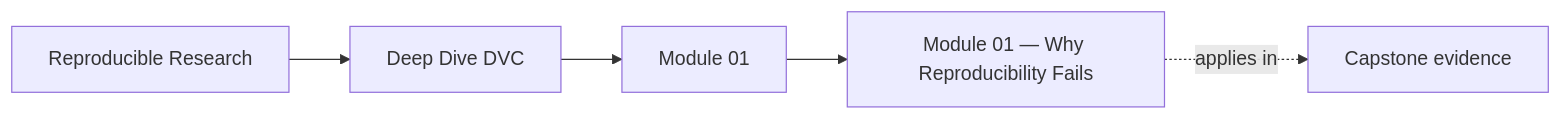
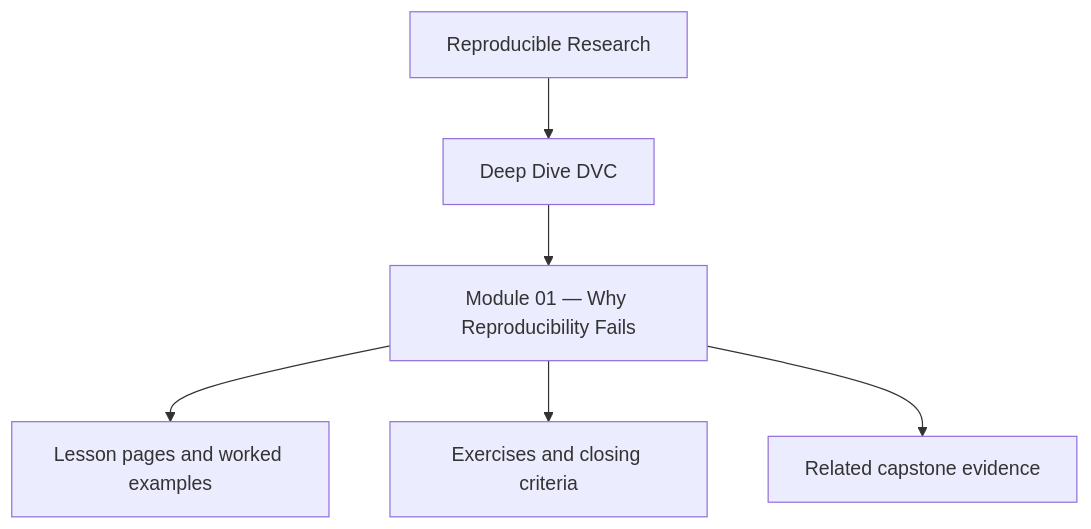
The first of 3 diagrams in programs/reproducible-research/deep-dive-dvc/course-book/module-01-why-reproducibility-fails/index.md (bijux/bijux-masterclass), drawn with Mermaid before and after one commit. The commit also changed other lines of this file and 10 other files, not shown here.

Commit message:
docs(deep-dive-dvc): reposition module overview diagrams

````diff
--- a/programs/reproducible-research/deep-dive-dvc/course-book/module-01-why-reproducibility-fails/index.md
+++ b/programs/reproducible-research/deep-dive-dvc/course-book/module-01-why-reproducibility-fails/index.md
@@ -7,11 +7,8 @@
 ```mermaid
-graph LR
-  family["Reproducible Research"]
-  program["Deep Dive DVC"]
-  section["Module 01"]
-  page["Module 01 — Why Reproducibility Fails"]
-  capstone["Capstone evidence"]
-
-  family --> program --> section --> page
-  page -.applies in.-> capstone
+flowchart TD
+  family["Reproducible Research"] --> program["Deep Dive DVC"]
+  program --> module["Module 01 — Why Reproducibility Fails"]
+  module --> lessons["Lesson pages and worked examples"]
+  module --> checkpoints["Exercises and closing criteria"]
+  module --> capstone["Related capstone evidence"]
 ```
````
